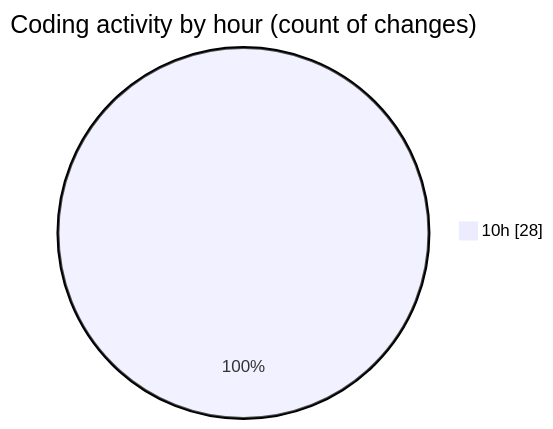
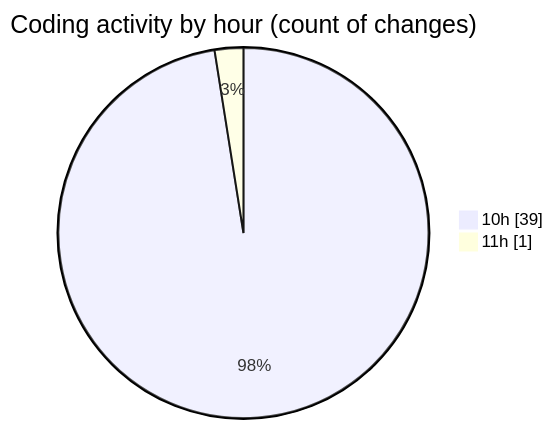
Before and after one commit to CELIANVF/code-tracking: the second of 2 diagrams in 2025-04-15/portfolio/README.md, drawn with Mermaid. The commit also changed other lines of this file and 1 other file, not shown here.

````diff
--- a/2025-04-15/portfolio/README.md
+++ b/2025-04-15/portfolio/README.md
@@ -30,5 +30,6 @@
 ```mermaid
 pie showData
 title Coding activity by hour (count of changes)
-"10h" : 28
+"10h" : 39
+"11h" : 1
 ```
````
